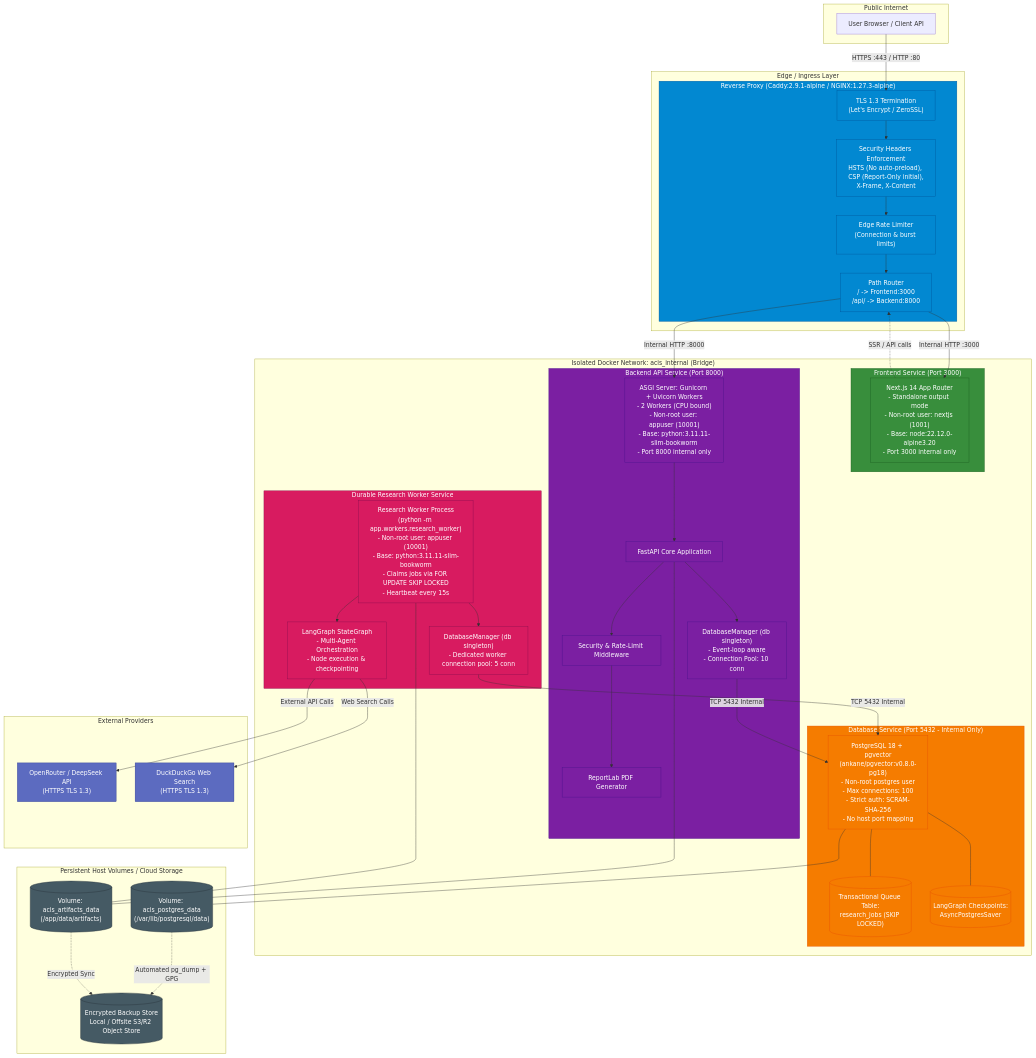
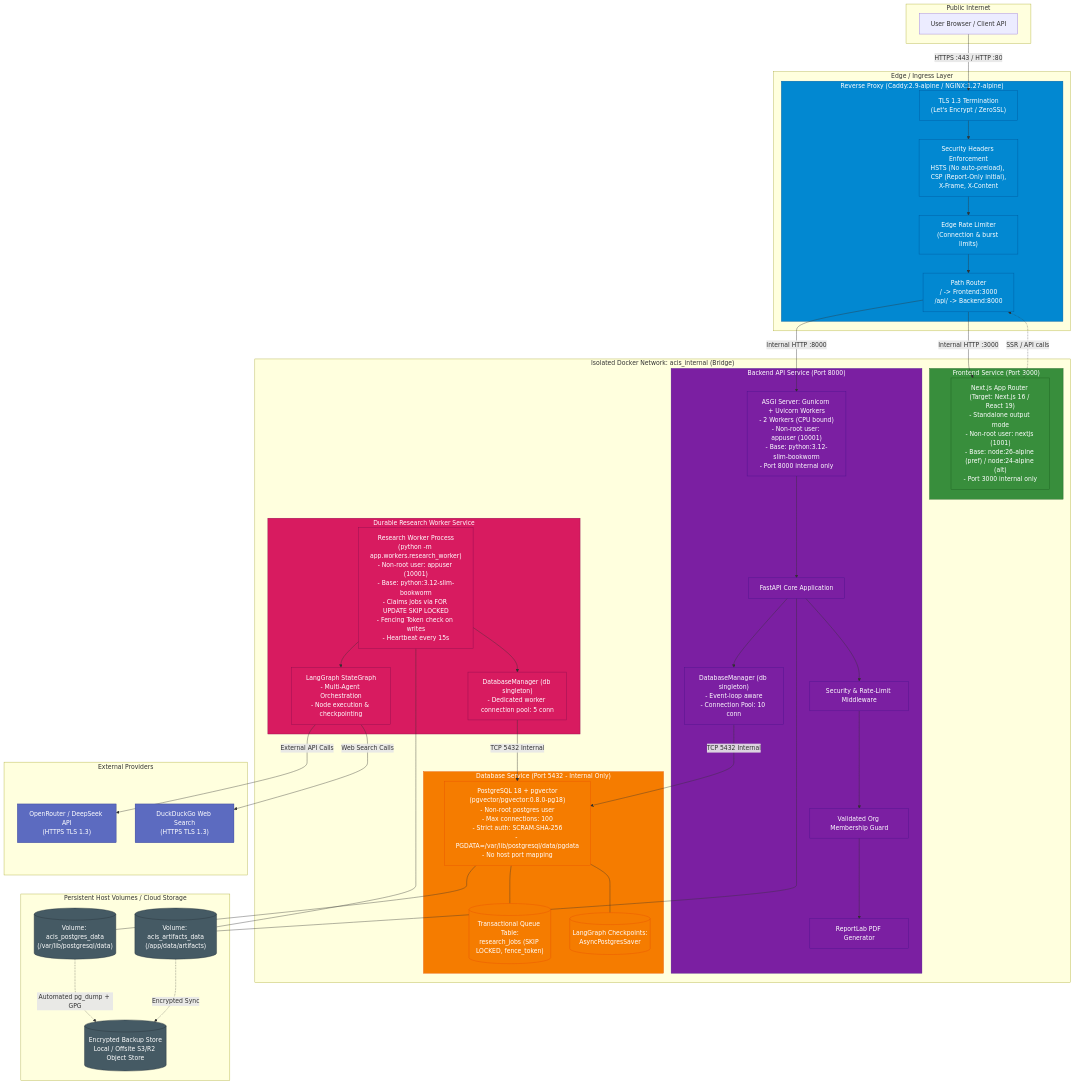
One commit to Nareshprasana/ai-competitive-intelligence changed the first of 2 diagrams in docs/phase-4-production-readiness/proposed-production-architecture.md. Above: the diagram before and after it, drawn with Mermaid. The commit also changed other lines of this file and 5 other files, not shown here.

First line of the commit message:
docs(infra): ACIS Phase 4 Stage 1.2 final architecture validation and implementation readiness review

```diff
--- a/docs/phase-4-production-readiness/proposed-production-architecture.md
+++ b/docs/phase-4-production-readiness/proposed-production-architecture.md
@@ -27,7 +29,7 @@
     end
 
     subgraph EdgeIngress ["Edge / Ingress Layer"]
-        subgraph ReverseProxy ["Reverse Proxy (Caddy:2.9.1-alpine / NGINX:1.27.3-alpine)"]
+        subgraph ReverseProxy ["Reverse Proxy (Caddy:2.9-alpine / NGINX:1.27-alpine)"]
             TLS["TLS 1.3 Termination\n(Let's Encrypt / ZeroSSL)"]
             SecHeaders["Security Headers Enforcement\nHSTS (No auto-preload), CSP (Report-Only initial),\nX-Frame, X-Content"]
             EdgeRateLimit["Edge Rate Limiter\n(Connection & burst limits)"]
@@ -37,24 +39,25 @@
 
     subgraph AppNetwork ["Isolated Docker Network: acis_internal (Bridge)"]
         subgraph FrontendService ["Frontend Service (Port 3000)"]
-            NextProd["Next.js 14 App Router\n- Standalone output mode\n- Non-root user: nextjs (1001)\n- Base: node:22.12.0-alpine3.20\n- Port 3000 internal only"]
+            NextProd["Next.js App Router (Target: Next.js 16 / React 19)\n- Standalone output mode\n- Non-root user: nextjs (1001)\n- Base: node:26-alpine (pref) / node:24-alpine (alt)\n- Port 3000 internal only"]
         end
 
         subgraph BackendAPIService ["Backend API Service (Port 8000)"]
-            GunicornUvicorn["ASGI Server: Gunicorn + Uvicorn Workers\n- 2 Workers (CPU bound)\n- Non-root user: appuser (10001)\n- Base: python:3.11.11-slim-bookworm\n- Port 8000 internal only"]
+            GunicornUvicorn["ASGI Server: Gunicorn + Uvicorn Workers\n- 2 Workers (CPU bound)\n- Non-root user: appuser (10001)\n- Base: python:3.12-slim-bookworm\n- Port 8000 internal only"]
             
             FastAPIApp["FastAPI Core Application"]
             SecMw["Security & Rate-Limit Middleware"]
+            AuthGuard["Validated Org Membership Guard"]
             PDFGen["ReportLab PDF Generator"]
             DBManagerAPI["DatabaseManager (db singleton)\n- Event-loop aware\n- Connection Pool: 10 conn"]
             
             GunicornUvicorn --> FastAPIApp
-            FastAPIApp --> SecMw --> PDFGen
+            FastAPIApp --> SecMw --> AuthGuard --> PDFGen
             FastAPIApp --> DBManagerAPI
         end
 
         subgraph WorkerService ["Durable Research Worker Service"]
-            WorkerProcess["Research Worker Process\n(python -m app.workers.research_worker)\n- Non-root user: appuser (10001)\n- Base: python:3.11.11-slim-bookworm\n- Claims jobs via FOR UPDATE SKIP LOCKED\n- Heartbeat every 15s"]
+            WorkerProcess["Research Worker Process\n(python -m app.workers.research_worker)\n- Non-root user: appuser (10001)\n- Base: python:3.12-slim-bookworm\n- Claims jobs via FOR UPDATE SKIP LOCKED\n- Fencing Token check on writes\n- Heartbeat every 15s"]
             LangGraphEngine["LangGraph StateGraph\n- Multi-Agent Orchestration\n- Node execution & checkpointing"]
             DBManagerWorker["DatabaseManager (db singleton)\n- Dedicated worker connection pool: 5 conn"]
             
@@ -63,8 +66,8 @@
         end
 
         subgraph DBService ["Database Service (Port 5432 - Internal Only)"]
-            PostgresCore["PostgreSQL 18 + pgvector\n(ankane/pgvector:v0.8.0-pg18)\n- Non-root postgres user\n- Max connections: 100\n- Strict auth: SCRAM-SHA-256\n- No host port mapping"]
-            JobQueueTable[("Transactional Queue Table:\nresearch_jobs (SKIP LOCKED)")]
+            PostgresCore["PostgreSQL 18 + pgvector\n(pgvector/pgvector:0.8.0-pg18)\n- Non-root postgres user\n- Max connections: 100\n- Strict auth: SCRAM-SHA-256\n- PGDATA=/var/lib/postgresql/data/pgdata\n- No host port mapping"]
+            JobQueueTable[("Transactional Queue Table:\nresearch_jobs (SKIP LOCKED, fence_token)")]
             CheckpointTable[("LangGraph Checkpoints:\nAsyncPostgresSaver")]
             
             PostgresCore --- JobQueueTable & CheckpointTable
@@ -112,7 +115,7 @@
 
     class ReverseProxy,TLS,SecHeaders,EdgeRateLimit,Router ingress;
     class FrontendService,NextProd frontend;
-    class BackendAPIService,GunicornUvicorn,FastAPIApp,SecMw,PDFGen,DBManagerAPI backend;
+    class BackendAPIService,GunicornUvicorn,FastAPIApp,SecMw,AuthGuard,PDFGen,DBManagerAPI backend;
     class WorkerService,WorkerProcess,LangGraphEngine,DBManagerWorker worker;
     class DBService,PostgresCore,JobQueueTable,CheckpointTable db;
     class PGDataVolume,ArtifactsVolume,BackupStorage storage;
```
